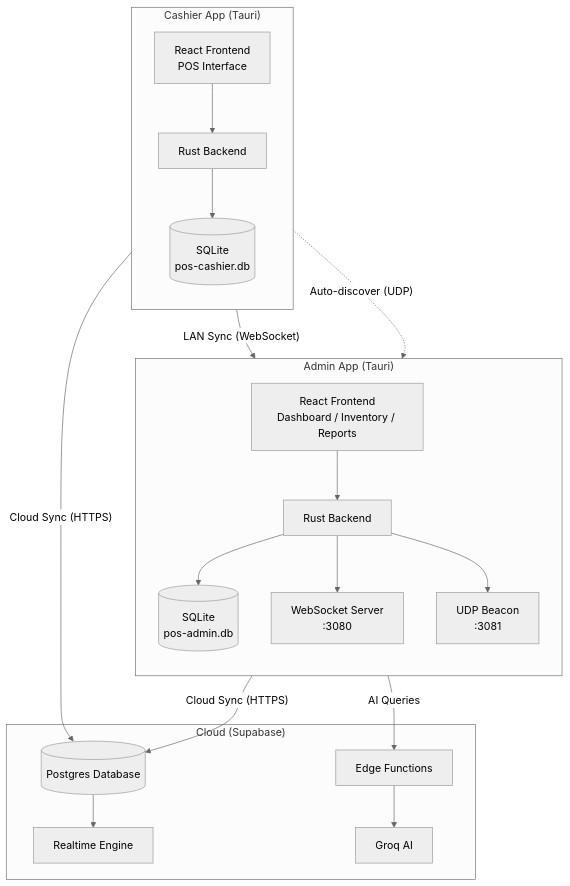
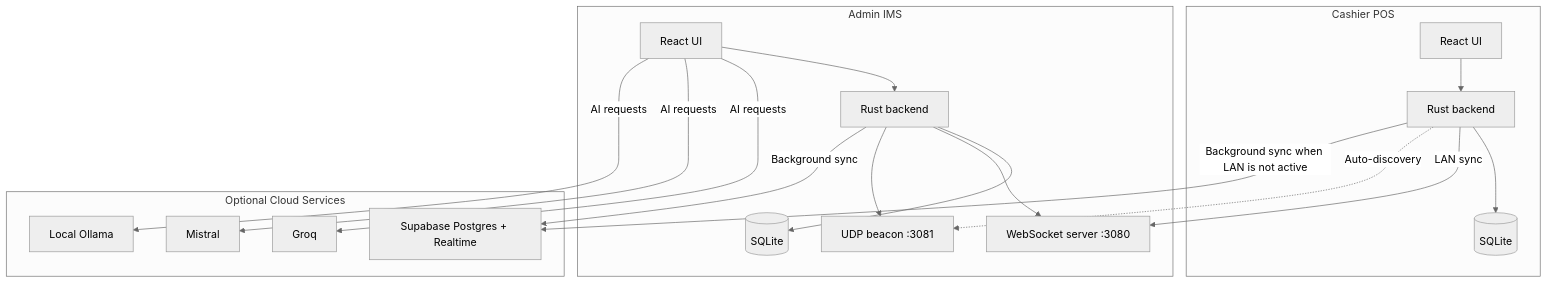
Before and after one commit to BootlegYouki/at-iba-pa-pos: the first of 4 diagrams in docs/02-architecture.md, drawn with Mermaid (neutral theme). The commit also changed other lines of this file and 10 other files, not shown here.

First line of the commit message:
Refactor user guide and database schema documentation; enhance export reports feature

````diff
--- a/docs/02-architecture.md
+++ b/docs/02-architecture.md
@@ -7,39 +7,37 @@
 ```mermaid
 graph TB
-    subgraph CashierApp["Cashier App (Tauri)"]
-        direction TB
-        CashierUI["React Frontend<br/>POS Interface"]
-        CashierRust["Rust Backend"]
-        CashierDB[("SQLite<br/>pos-cashier.db")]
+    subgraph CashierApp["Cashier POS"]
+        CashierUI["React UI"]
+        CashierRust["Rust backend"]
+        CashierDB[("SQLite")]
         CashierUI --> CashierRust
         CashierRust --> CashierDB
     end
 
-    subgraph AdminApp["Admin App (Tauri)"]
-        direction TB
-        AdminUI["React Frontend<br/>Dashboard / Inventory / Reports"]
-        AdminRust["Rust Backend"]
-        AdminDB[("SQLite<br/>pos-admin.db")]
-        WSServer["WebSocket Server<br/>:3080"]
-        UDPBeacon["UDP Beacon<br/>:3081"]
+    subgraph AdminApp["Admin IMS"]
+        AdminUI["React UI"]
+        AdminRust["Rust backend"]
+        AdminDB[("SQLite")]
+        WSServer["WebSocket server :3080"]
+        UDPBeacon["UDP beacon :3081"]
         AdminUI --> AdminRust
         AdminRust --> AdminDB
         AdminRust --> WSServer
         AdminRust --> UDPBeacon
     end
 
-    subgraph Cloud["Cloud (Supabase)"]
-        Postgres[("Postgres Database")]
-        Realtime["Realtime Engine"]
-        EdgeFn["Edge Functions"]
-        Groq["Groq AI"]
-        Postgres --> Realtime
-        EdgeFn --> Groq
+    subgraph Cloud["Optional Cloud Services"]
+        Supabase["Supabase Postgres + Realtime"]
+        Groq["Groq"]
+        Mistral["Mistral"]
+        Ollama["Local Ollama"]
     end
 
-    CashierRust -->|"LAN Sync (WebSocket)"| WSServer
-    CashierRust -.->|"Auto-discover (UDP)"| UDPBeacon
-    CashierRust -->|"Cloud Sync (HTTPS)"| Postgres
-    AdminRust -->|"Cloud Sync (HTTPS)"| Postgres
-    AdminUI -->|"AI Queries"| EdgeFn
+    CashierRust -->|"LAN sync"| WSServer
+    CashierRust -.->|"Auto-discovery"| UDPBeacon
+    AdminRust -->|"Background sync"| Supabase
+    CashierRust -->|"Background sync when LAN is not active"| Supabase
+    AdminUI -->|"AI requests"| Groq
+    AdminUI -->|"AI requests"| Mistral
+    AdminUI -->|"AI requests"| Ollama
 ```
````
